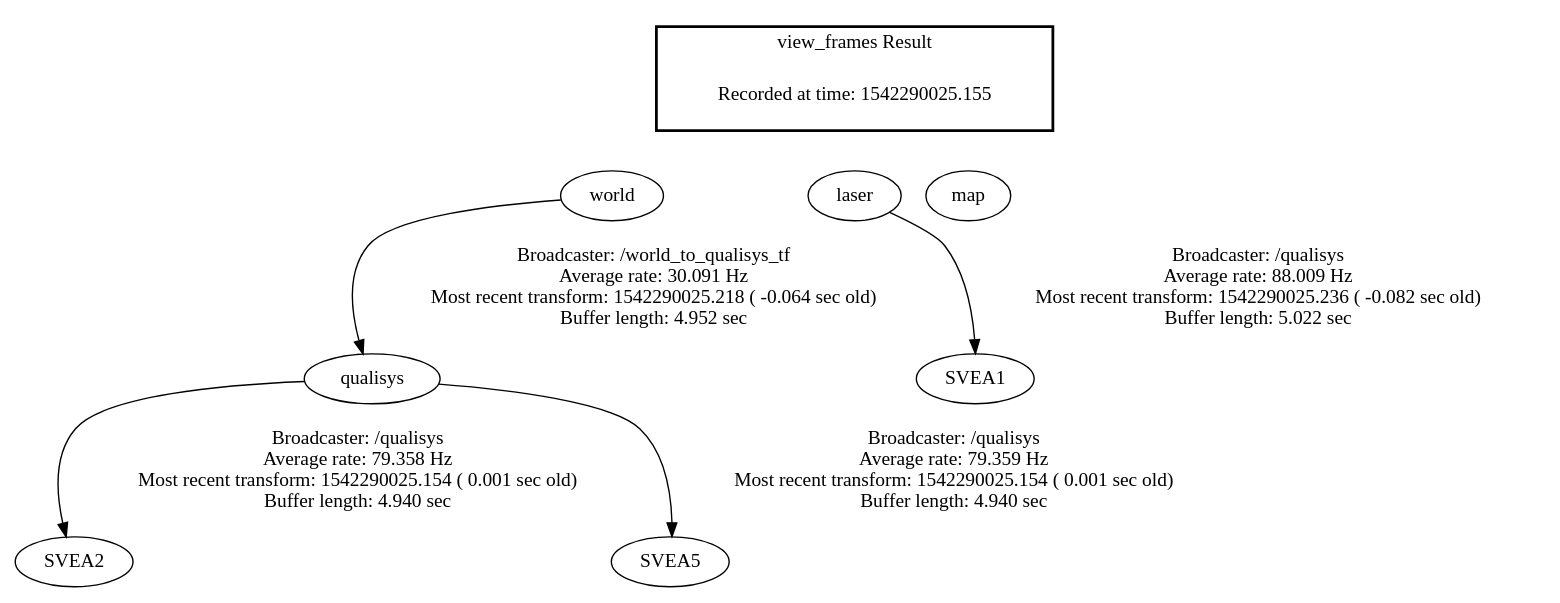
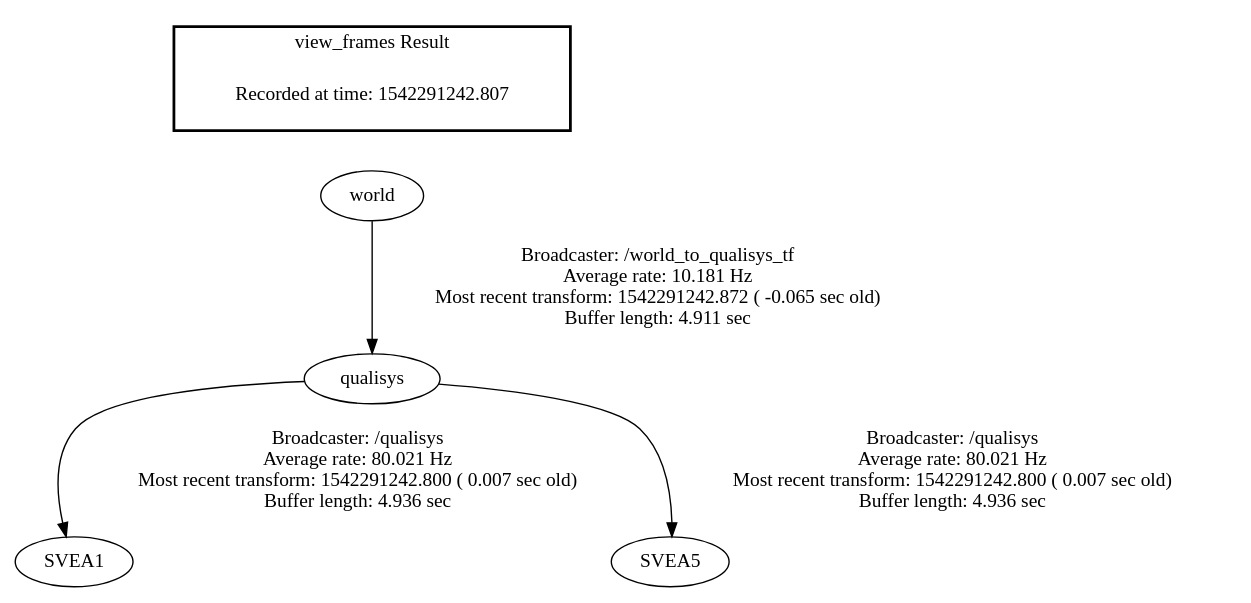
One commit to JiongruiHu/El2425_Automatic_Control_Group1 changed the diagram in frames.gv. Above: the diagram before and after it, drawn with Graphviz. The commit also changed 1 other file, not shown here.

Commit message:
new frames

```diff
--- a/frames.gv
+++ b/frames.gv
@@ -1,18 +1,9 @@
 digraph G {
-"world" -> "qualisys"[label="Broadcaster: /world_to_qualisys_tf\nAverage rate: 30.091 Hz\nMost recent transform: 1542290025.218 ( -0.064 sec old)\nBuffer length: 4.952 sec\n"];
-"laser" -> "SVEA1"[label="Broadcaster: /qualisys\nAverage rate: 88.009 Hz\nMost recent transform: 1542290025.236 ( -0.082 sec old)\nBuffer length: 5.022 sec\n"];
-"qualisys" -> "SVEA2"[label="Broadcaster: /qualisys\nAverage rate: 79.358 Hz\nMost recent transform: 1542290025.154 ( 0.001 sec old)\nBuffer length: 4.940 sec\n"];
-"qualisys" -> "SVEA5"[label="Broadcaster: /qualisys\nAverage rate: 79.359 Hz\nMost recent transform: 1542290025.154 ( 0.001 sec old)\nBuffer length: 4.940 sec\n"];
+"world" -> "qualisys"[label="Broadcaster: /world_to_qualisys_tf\nAverage rate: 10.181 Hz\nMost recent transform: 1542291242.872 ( -0.065 sec old)\nBuffer length: 4.911 sec\n"];
+"qualisys" -> "SVEA1"[label="Broadcaster: /qualisys\nAverage rate: 80.021 Hz\nMost recent transform: 1542291242.800 ( 0.007 sec old)\nBuffer length: 4.936 sec\n"];
+"qualisys" -> "SVEA5"[label="Broadcaster: /qualisys\nAverage rate: 80.021 Hz\nMost recent transform: 1542291242.800 ( 0.007 sec old)\nBuffer length: 4.936 sec\n"];
 edge [style=invis];
  subgraph cluster_legend { style=bold; color=black; label ="view_frames Result";
-"Recorded at time: 1542290025.155"[ shape=plaintext ] ;
+"Recorded at time: 1542291242.807"[ shape=plaintext ] ;
  }->"world";
-edge [style=invis];
- subgraph cluster_legend { style=bold; color=black; label ="view_frames Result";
-"Recorded at time: 1542290025.155"[ shape=plaintext ] ;
- }->"map";
-edge [style=invis];
- subgraph cluster_legend { style=bold; color=black; label ="view_frames Result";
-"Recorded at time: 1542290025.155"[ shape=plaintext ] ;
- }->"laser";
 }
```
